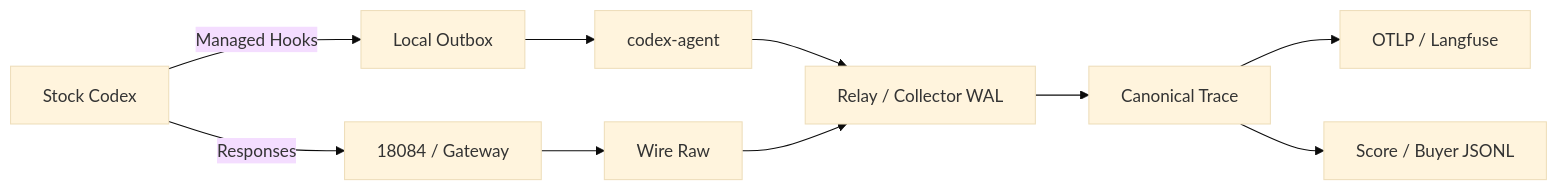
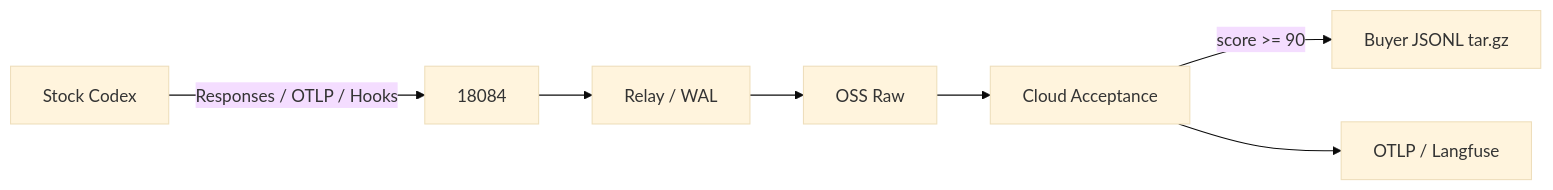
One commit to XS-MLVP/ChipTrace changed the diagram in README.md. Above: the diagram before and after it, drawn with Mermaid (base theme). The commit also changed other lines of this file and 57 other files, not shown here.

Commit message:
feat: 收敛 Stock Codex 云端采集与采购验收主线

````diff
--- a/README.md
+++ b/README.md
@@ -21,12 +21,9 @@
 ```mermaid
 flowchart LR
-    A[Stock Codex] -->|Responses| B[18084 / Gateway]
-    A -->|Managed Hooks| C[Local Outbox]
-    B --> D[Wire Raw]
-    C --> E[codex-agent]
-    E --> F[Relay / Collector WAL]
-    D --> F
-    F --> G[Canonical Trace]
-    G --> H[OTLP / Langfuse]
-    G --> I[Score / Buyer JSONL]
+    A[Stock Codex] -->|Responses / OTLP / Hooks| B[18084]
+    B --> C[Relay / WAL]
+    C --> D[OSS Raw]
+    D --> E[Cloud Acceptance]
+    E -->|score >= 90| F[Buyer JSONL tar.gz]
+    E --> G[OTLP / Langfuse]
 ```
````
